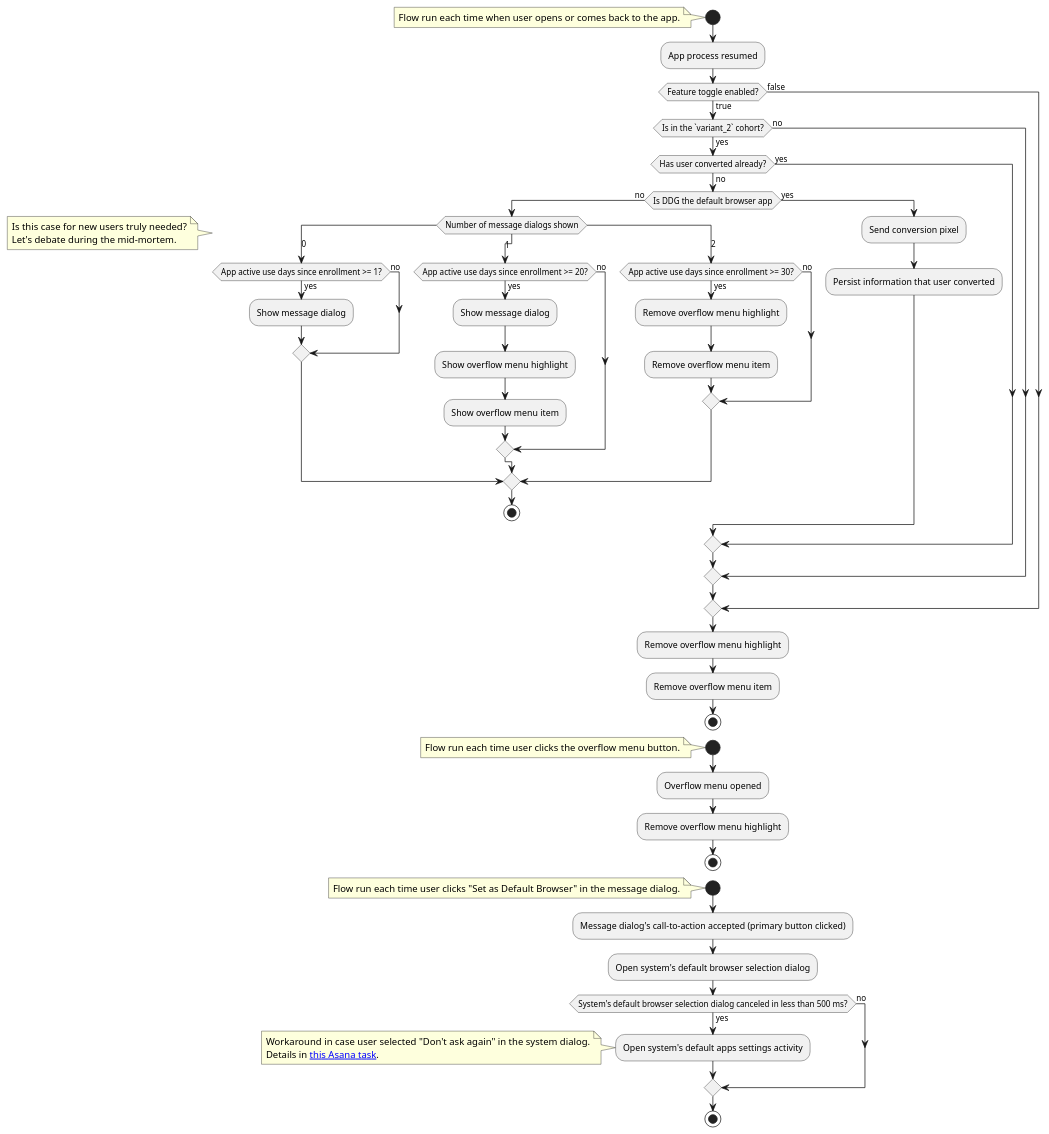
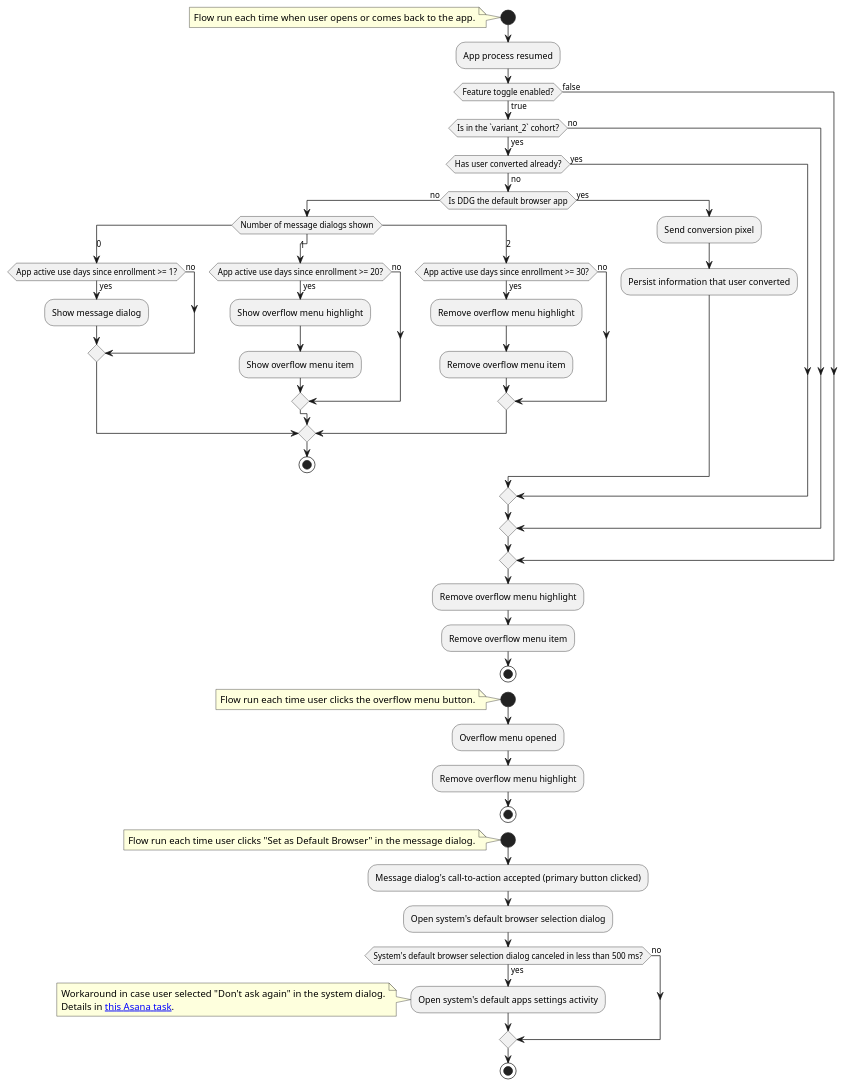
The diagram in app/src/main/java/com/duckduckgo/app/browser/defaultbrowsing/prompts/diagrams/default_browser_prompts_experiment_variant_2_flow_diagram.puml (duckduckgo/Android), drawn with PlantUML before and after one commit. The commit also changed 1 other file, not shown here.

Commit message:
wip (updated flow diagram based on figma changes)

```diff
--- a/app/src/main/java/com/duckduckgo/app/browser/defaultbrowsing/prompts/diagrams/default_browser_prompts_experiment_variant_2_flow_diagram.puml
+++ b/app/src/main/java/com/duckduckgo/app/browser/defaultbrowsing/prompts/diagrams/default_browser_prompts_experiment_variant_2_flow_diagram.puml
@@ -1,74 +1,69 @@
 @startuml
 start
 note
   Flow run each time when user opens or comes back to the app.
 end note
 :App process resumed;
 if (Feature toggle enabled?) then (true)
   if (Is in the `variant_2` cohort?) then (yes)
     if (Has user converted already?) then (no)
       if (Is DDG the default browser app) then (no)
         switch (Number of message dialogs shown)
         case (0)
-        note
-          Is this case for new users truly needed?
-          Let's debate during the mid-mortem.
-        end note
           if (App active use days since enrollment >= 1?) then (yes)
             :Show message dialog;
           else (no)
           endif
         case (1)
           if (App active use days since enrollment >= 20?) then (yes)
-            :Show message dialog;
             :Show overflow menu highlight;
             :Show overflow menu item;
           else (no)
           endif
         case (2)
           if (App active use days since enrollment >= 30?) then (yes)
             :Remove overflow menu highlight;
             :Remove overflow menu item;
           else (no)
           endif
         endswitch
         stop
       else (yes)
         :Send conversion pixel;
         :Persist information that user converted;
       endif
     else (yes)
     endif
   else (no)
   endif
 else (false)
 endif
 :Remove overflow menu highlight;
 :Remove overflow menu item;
 stop
 
 start
 note
   Flow run each time user clicks the overflow menu button.
 end note
 :Overflow menu opened;
 :Remove overflow menu highlight;
 stop
 
 start
 note
   Flow run each time user clicks "Set as Default Browser" in the message dialog.
 end note
 :Message dialog's call-to-action accepted (primary button clicked);
 :Open system's default browser selection dialog;
 if (System's default browser selection dialog canceled in less than 500 ms?) then (yes)
   :Open system's default apps settings activity;
   note
     Workaround in case user selected "Don't ask again" in the system dialog.
     Details in [[https://app.asana.com/0/0/1208996977455495/f this Asana task]].
   end note
 else (no)
 endif
 stop
 
 @enduml
```
